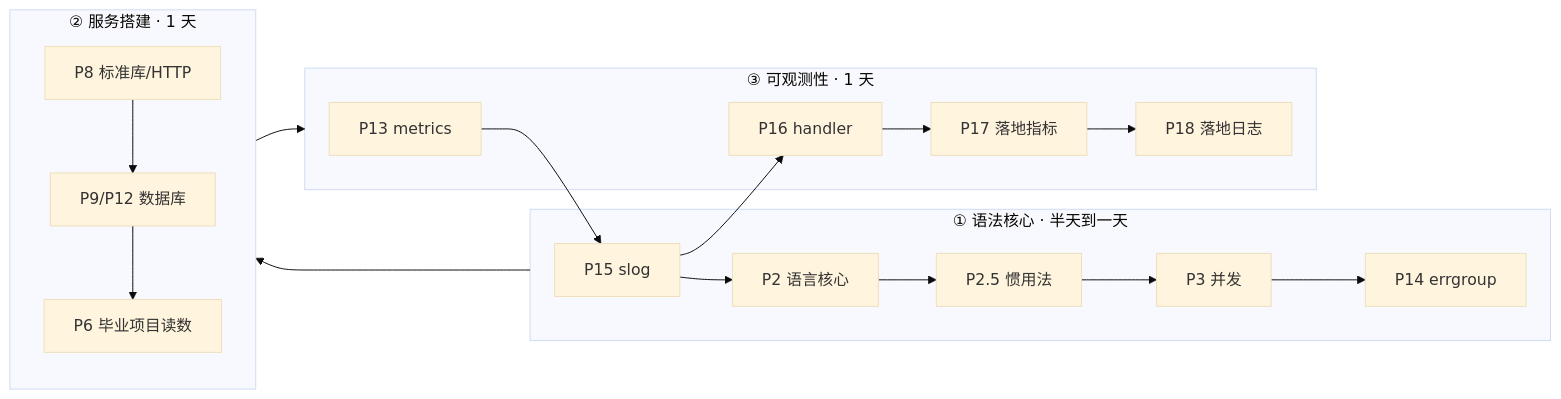
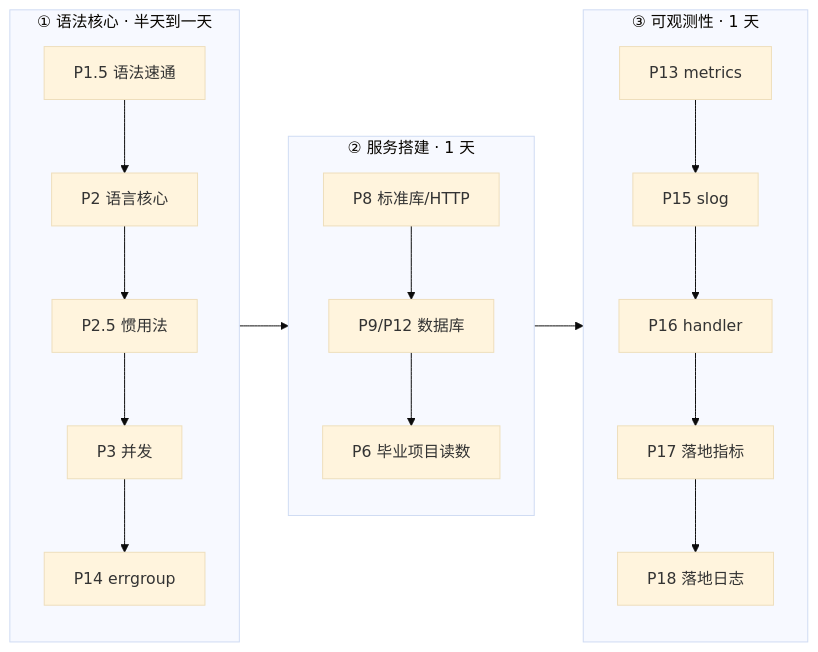
The diagram in README.md (yumubi/golearn), drawn with Mermaid (base theme) before and after one commit. The commit also changed 7 other files, not shown here.

First line of the commit message:
修复全站 mermaid 图从未渲染的问题（死代码块 → SVG）

````diff
--- a/README.md
+++ b/README.md
@@ -9,13 +9,13 @@
 ```mermaid
 flowchart LR
     subgraph S1["① 语法核心 · 半天到一天"]
-        P15[P1.5 语法速通] --> P2[P2 语言核心] --> P25[P2.5 惯用法] --> P3[P3 并发] --> P14[P14 errgroup]
+        P1_5[P1.5 语法速通] --> P2[P2 语言核心] --> P25[P2.5 惯用法] --> P3[P3 并发] --> P14[P14 errgroup]
     end
     subgraph S2["② 服务搭建 · 1 天"]
         P8[P8 标准库/HTTP] --> P9["P9/P12 数据库"] --> P6[P6 毕业项目读数]
     end
     subgraph S3["③ 可观测性 · 1 天"]
         P13[P13 metrics] --> P15[P15 slog] --> P16[P16 handler] --> P17[P17 落地指标] --> P18[P18 落地日志]
     end
     S1 --> S2 --> S3
 ```
````
